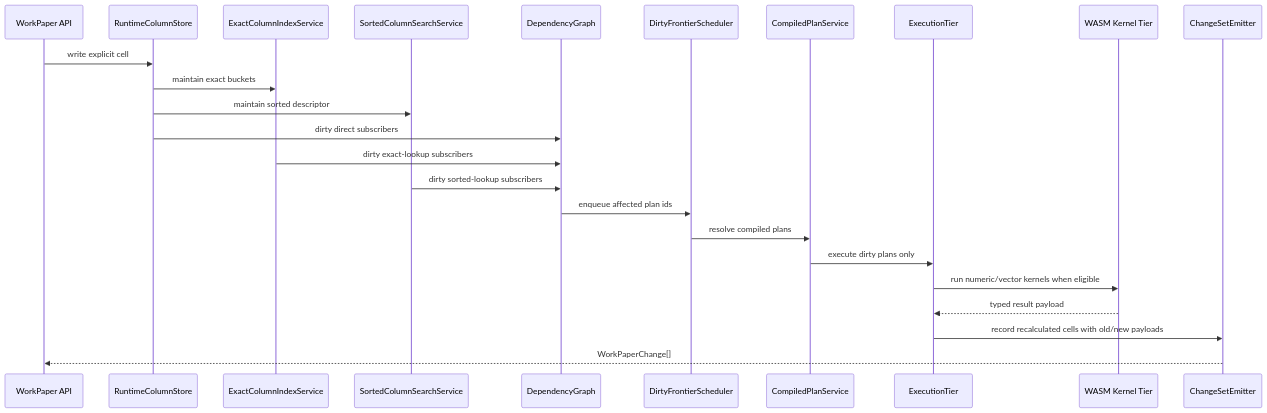
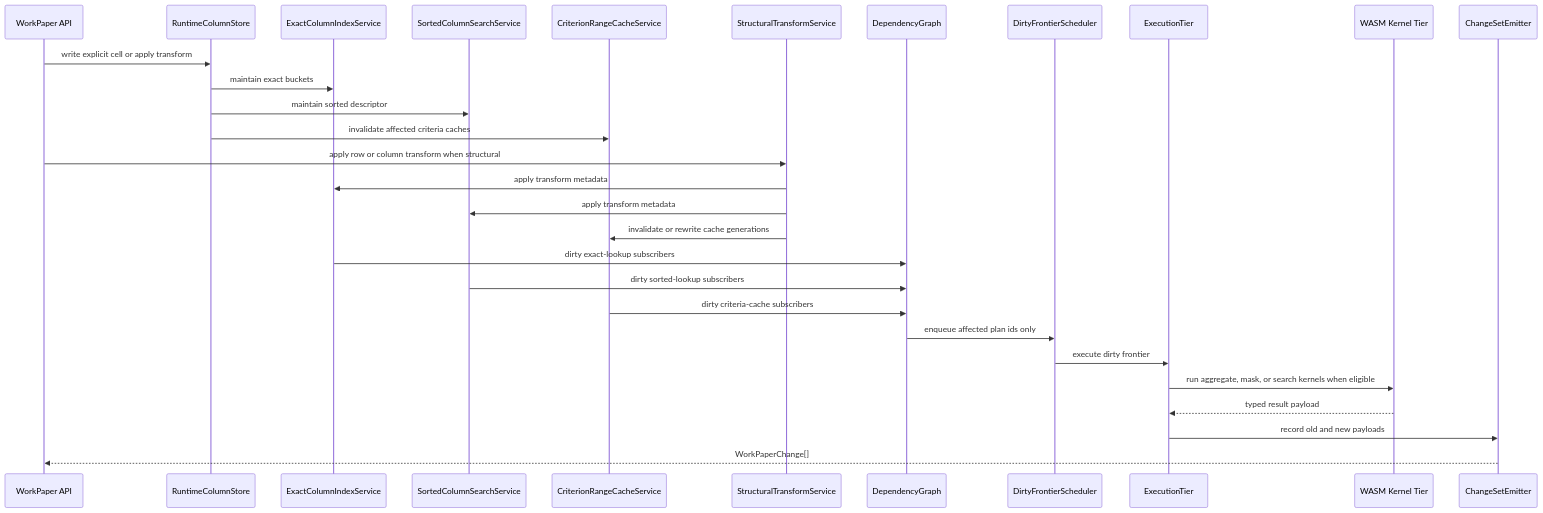
Before and after one commit to proompteng/bilig: the second of 2 diagrams in docs/workpaper-ultra-performance-engine-delivery-2026-04-12.md, drawn with Mermaid. The commit also changed other lines of this file and 19 other files, not shown here.

````diff
--- a/docs/workpaper-ultra-performance-engine-delivery-2026-04-12.md
+++ b/docs/workpaper-ultra-performance-engine-delivery-2026-04-12.md
@@ -456,27 +582,32 @@
 ```mermaid
 sequenceDiagram
   participant API as WorkPaper API
   participant COL as RuntimeColumnStore
   participant EXI as ExactColumnIndexService
   participant SSI as SortedColumnSearchService
+  participant CRC as CriterionRangeCacheService
+  participant ST as StructuralTransformService
   participant DGS as DependencyGraph
   participant DFS as DirtyFrontierScheduler
-  participant CPS as CompiledPlanService
   participant EXE as ExecutionTier
   participant WKS as WASM Kernel Tier
   participant CSE as ChangeSetEmitter
 
-  API->>COL: write explicit cell
+  API->>COL: write explicit cell or apply transform
   COL->>EXI: maintain exact buckets
   COL->>SSI: maintain sorted descriptor
-  COL->>DGS: dirty direct subscribers
+  COL->>CRC: invalidate affected criteria caches
+  API->>ST: apply row or column transform when structural
+  ST->>EXI: apply transform metadata
+  ST->>SSI: apply transform metadata
+  ST->>CRC: invalidate or rewrite cache generations
   EXI->>DGS: dirty exact-lookup subscribers
   SSI->>DGS: dirty sorted-lookup subscribers
-  DGS->>DFS: enqueue affected plan ids
-  DFS->>CPS: resolve compiled plans
-  CPS->>EXE: execute dirty plans only
-  EXE->>WKS: run numeric/vector kernels when eligible
+  CRC->>DGS: dirty criteria-cache subscribers
+  DGS->>DFS: enqueue affected plan ids only
+  DFS->>EXE: execute dirty frontier
+  EXE->>WKS: run aggregate, mask, or search kernels when eligible
   WKS-->>EXE: typed result payload
-  EXE->>CSE: record recalculated cells with old/new payloads
+  EXE->>CSE: record old and new payloads
   CSE-->>API: WorkPaperChange[]
 ```
````
